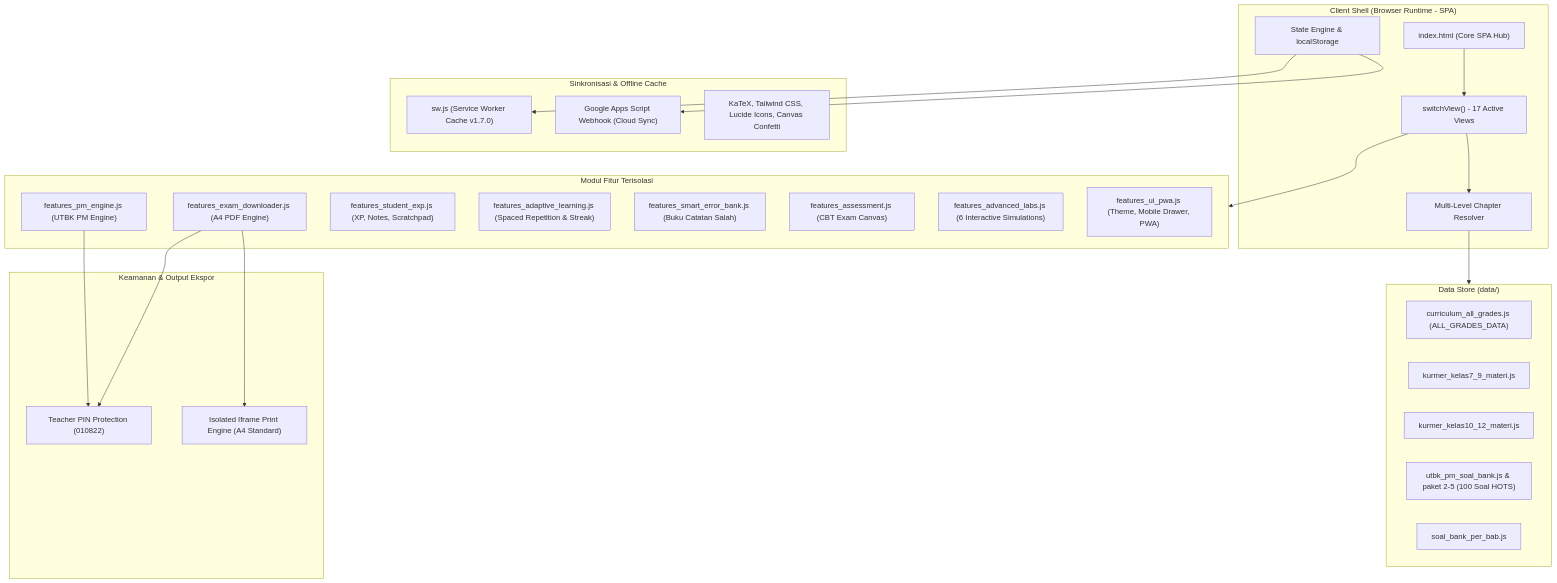
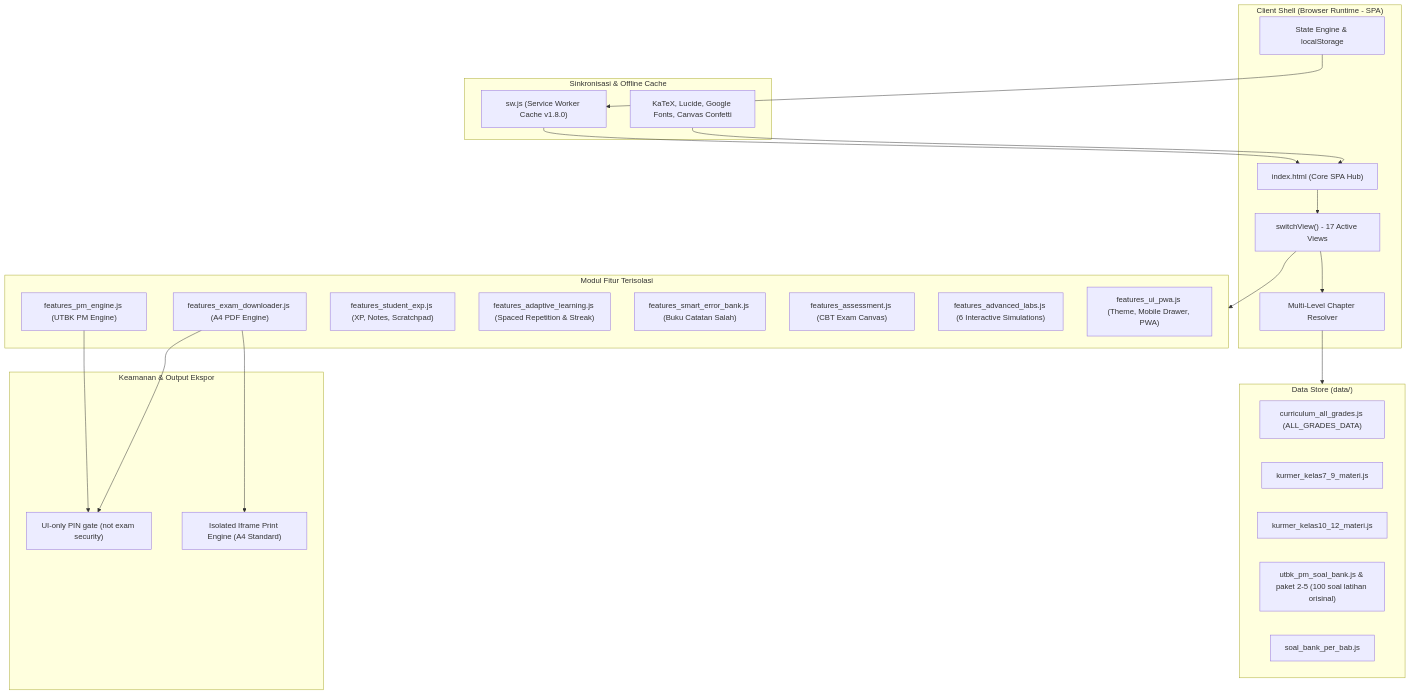
Before and after one commit to fahrezakautsar9-cpu/the-arich-study: the diagram in THE_ARICH_STUDY_MASTER_BLUEPRINT.md, drawn with Mermaid. The commit also changed other lines of this file and 9 other files, not shown here.

````diff
--- a/THE_ARICH_STUDY_MASTER_BLUEPRINT.md
+++ b/THE_ARICH_STUDY_MASTER_BLUEPRINT.md
@@ -19,49 +22,49 @@
 ```mermaid
 flowchart TD
     subgraph ClientShell["Client Shell (Browser Runtime - SPA)"]
         Index["index.html (Core SPA Hub)"]
         Router["switchView() - 17 Active Views"]
         Resolver["Multi-Level Chapter Resolver"]
         Store["State Engine & localStorage"]
     end
 
     subgraph FeatureEngines["Modul Fitur Terisolasi"]
         PMEngine["features_pm_engine.js (UTBK PM Engine)"]
         ExamDownloader["features_exam_downloader.js (A4 PDF Engine)"]
         StudentExp["features_student_exp.js (XP, Notes, Scratchpad)"]
         Adaptive["features_adaptive_learning.js (Spaced Repetition & Streak)"]
         ErrorBank["features_smart_error_bank.js (Buku Catatan Salah)"]
         Assessment["features_assessment.js (CBT Exam Canvas)"]
         MathLabs["features_advanced_labs.js (6 Interactive Simulations)"]
         UIPWA["features_ui_pwa.js (Theme, Mobile Drawer, PWA)"]
     end
 
     subgraph DataCurriculum["Data Store (data/)"]
         AllCurriculum["curriculum_all_grades.js (ALL_GRADES_DATA)"]
         SMPData["kurmer_kelas7_9_materi.js"]
         SMAData["kurmer_kelas10_12_materi.js"]
-        UTBKPMPackets["utbk_pm_soal_bank.js & paket 2-5 (100 Soal HOTS)"]
+        UTBKPMPackets["utbk_pm_soal_bank.js & paket 2-5 (100 soal latihan orisinal)"]
         ChapterBanks["soal_bank_per_bab.js"]
     end
 
     subgraph SecurityPrint["Keamanan & Output Ekspor"]
-        TeacherGate["Teacher PIN Protection (010822)"]
+        TeacherGate["UI-only PIN gate (not exam security)"]
         PrintEngine["Isolated Iframe Print Engine (A4 Standard)"]
     end
 
     subgraph ExternalServices["Sinkronisasi & Offline Cache"]
-        SW["sw.js (Service Worker Cache v1.7.0)"]
-        GAS["Google Apps Script Webhook (Cloud Sync)"]
-        CDNs["KaTeX, Tailwind CSS, Lucide Icons, Canvas Confetti"]
+        SW["sw.js (Service Worker Cache v1.8.0)"]
+        CDNs["KaTeX, Lucide, Google Fonts, Canvas Confetti"]
     end
 
     Index --> Router
     Router --> FeatureEngines
     Router --> Resolver
     Resolver --> DataCurriculum
     PMEngine --> TeacherGate
     ExamDownloader --> TeacherGate
     ExamDownloader --> PrintEngine
     Store --> SW
-    Store --> GAS
+    SW --> Index
+    CDNs --> Index
 ```
````
